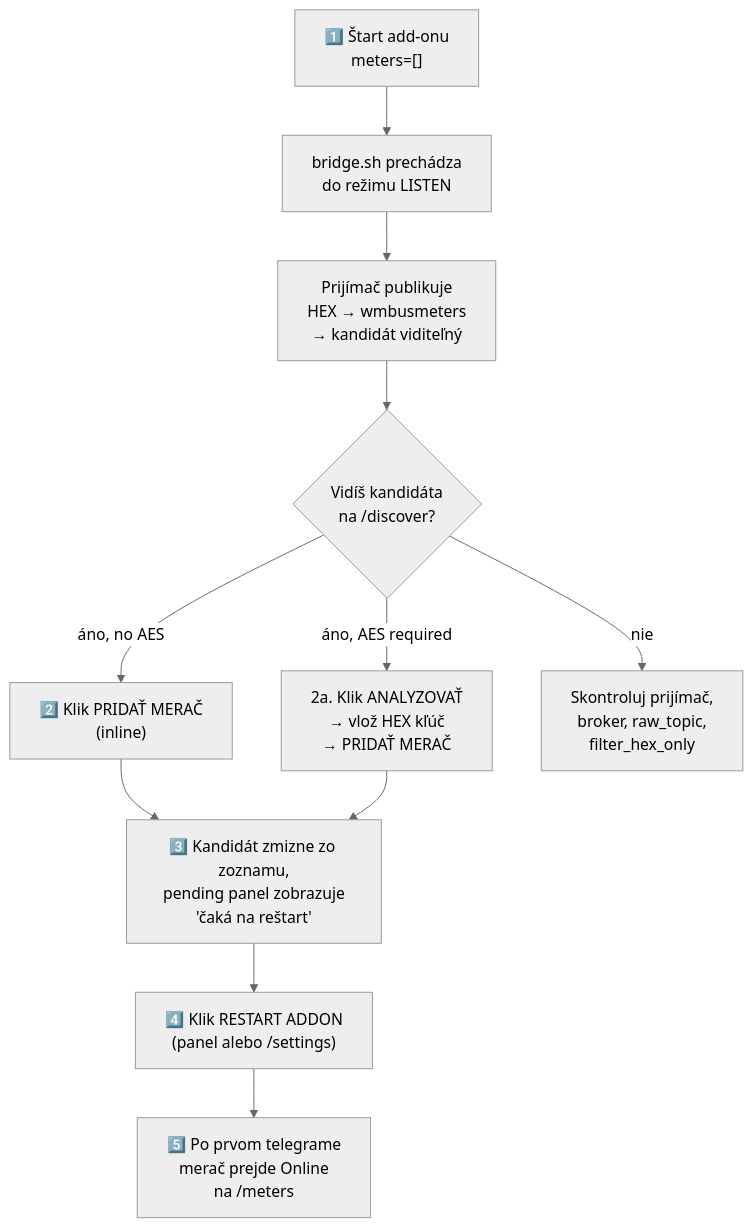
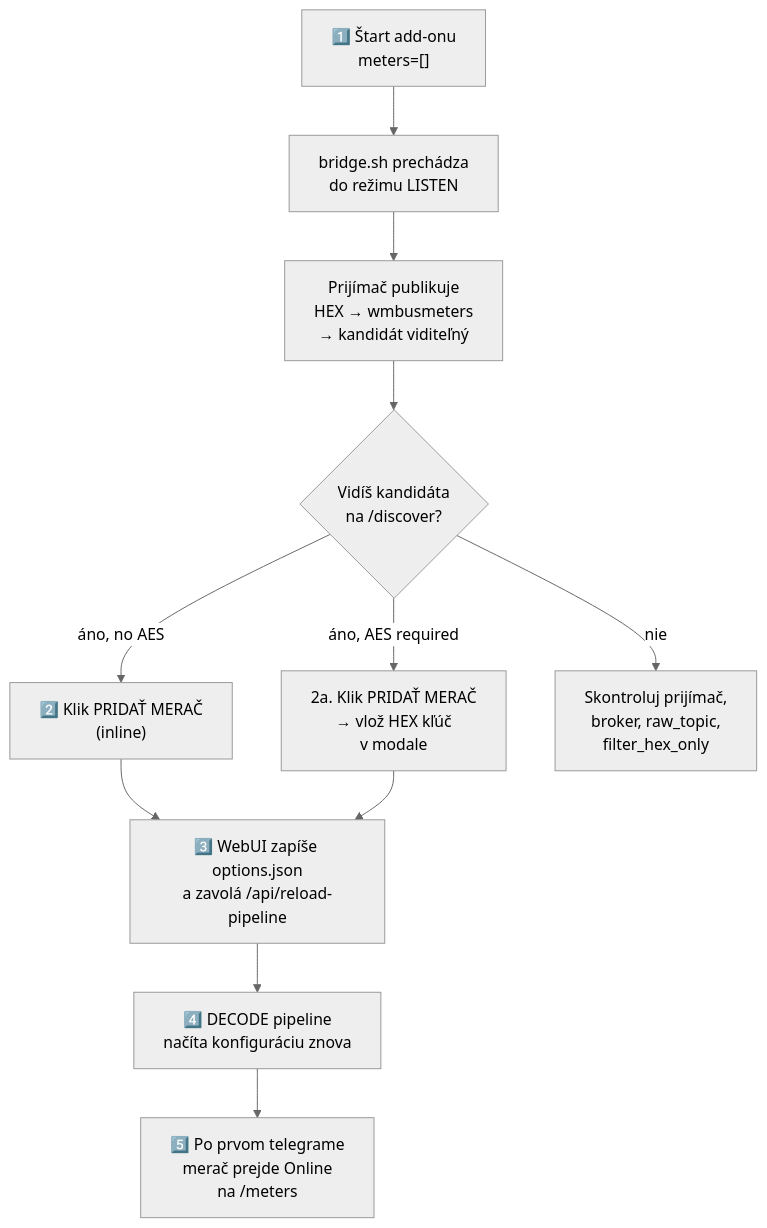
Before and after one commit to Kustonium/homeassistant-wmbus-mqtt-bridge-dev: the fourth of 7 diagrams in docs/README.sk.md, drawn with Mermaid (neutral theme). The commit also changed other lines of this file and 6 other files, not shown here.

````diff
--- a/docs/README.sk.md
+++ b/docs/README.sk.md
@@ -336,13 +321,13 @@
 ```mermaid
 flowchart TD
   A["1️⃣ Štart add-onu<br/>meters=[]"] --> B["bridge.sh prechádza<br/>do režimu LISTEN"]
   B --> C["Prijímač publikuje<br/>HEX → wmbusmeters<br/>→ kandidát viditeľný"]
   C --> D{"Vidíš kandidáta<br/>na /discover?"}
   D -- "áno, no AES" --> E["2️⃣ Klik PRIDAŤ MERAČ<br/>(inline)"]
-  D -- "áno, AES required" --> F["2a. Klik ANALYZOVAŤ<br/>→ vlož HEX kľúč<br/>→ PRIDAŤ MERAČ"]
+  D -- "áno, AES required" --> F["2a. Klik PRIDAŤ MERAČ<br/>→ vlož HEX kľúč<br/>v modale"]
   D -- "nie" --> G["Skontroluj prijímač,<br/>broker, raw_topic,<br/>filter_hex_only"]
-  E --> H["3️⃣ Kandidát zmizne zo zoznamu,<br/>pending panel zobrazuje<br/>'čaká na reštart'"]
+  E --> H["3️⃣ WebUI zapíše options.json<br/>a zavolá /api/reload-pipeline"]
   F --> H
-  H --> I["4️⃣ Klik RESTART ADDON<br/>(panel alebo /settings)"]
+  H --> I["4️⃣ DECODE pipeline<br/>načíta konfiguráciu znova"]
   I --> J["5️⃣ Po prvom telegrame<br/>merač prejde Online<br/>na /meters"]
 ```
````
